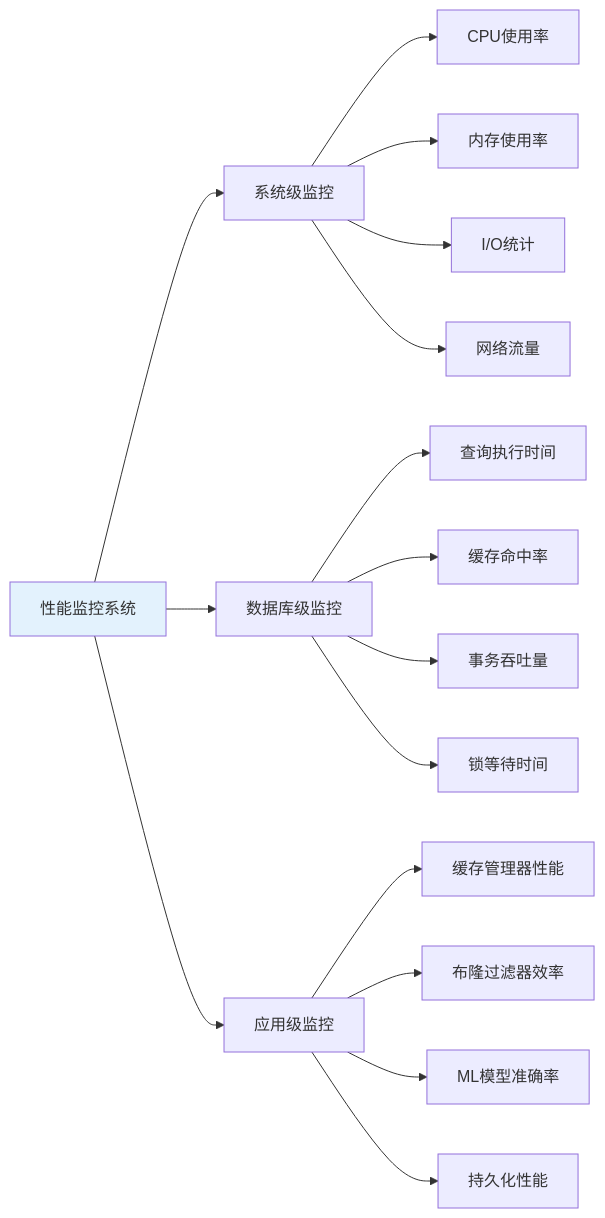
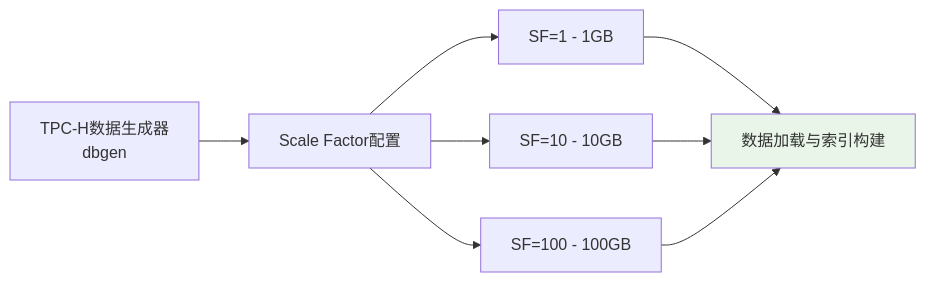
Before and after one commit to crazypenguincode/duckdb: the second of 25 diagrams in md/第五章-实验与分析.md, drawn with Mermaid. The commit also changed other lines of this file and 361 other files, not shown here.

````diff
--- a/md/第五章-实验与分析.md
+++ b/md/第五章-实验与分析.md
@@ -94,23 +86,15 @@
 ```mermaid
 graph LR
-    A[性能监控系统] --> B[系统级监控]
-    A --> C[数据库级监控]
-    A --> D[应用级监控]
-    
-    B --> B1[CPU使用率]
-    B --> B2[内存使用率]
-    B --> B3[I/O统计]
-    B --> B4[网络流量]
-    
-    C --> C1[查询执行时间]
-    C --> C2[缓存命中率]
-    C --> C3[事务吞吐量]
-    C --> C4[锁等待时间]
-    
-    D --> D1[缓存管理器性能]
-    D --> D2[布隆过滤器效率]
-    D --> D3[ML模型准确率]
-    D --> D4[持久化性能]
-    
-    style A fill:#e3f2fd
+    A[TPC-H数据生成器<br/>dbgen] --> B[Scale Factor配置]
+    B --> C[SF=1 - 1GB]
+    B --> D[SF=10 - 10GB]
+    B --> E[SF=100 - 100GB]
+
+    C --> F[数据加载与索引构建]
+    D --> F
+    E --> F
+
+    style F fill:#e8f5e8
+
+
 ```
````
